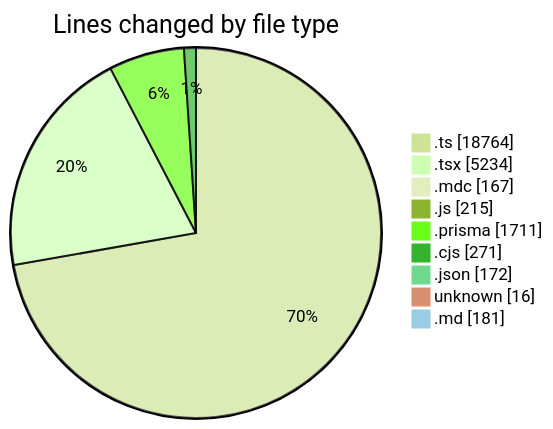
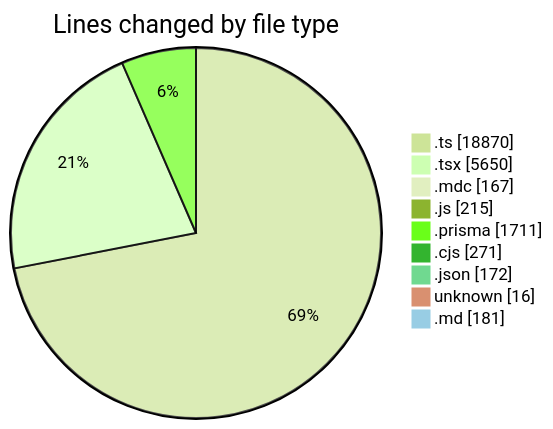
The first of 2 diagrams in 2025-06-06/ecodeli-1/README.md (CELIANVF/code-tracking), drawn with Mermaid (forest theme) before and after one commit. The commit also changed other lines of this file and 1 other file, not shown here.

````diff
--- a/2025-06-06/ecodeli-1/README.md
+++ b/2025-06-06/ecodeli-1/README.md
@@ -98,13 +100,13 @@
 ```mermaid
 pie showData
 title Lines changed by file type
-".ts" : 18764
-".tsx" : 5234
+".ts" : 18870
+".tsx" : 5650
 ".mdc" : 167
 ".js" : 215
 ".prisma" : 1711
 ".cjs" : 271
 ".json" : 172
 "unknown" : 16
 ".md" : 181
 ```
````
